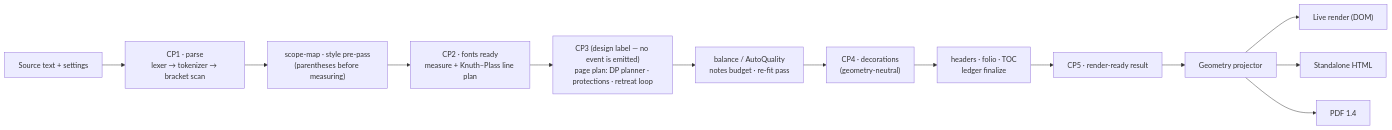
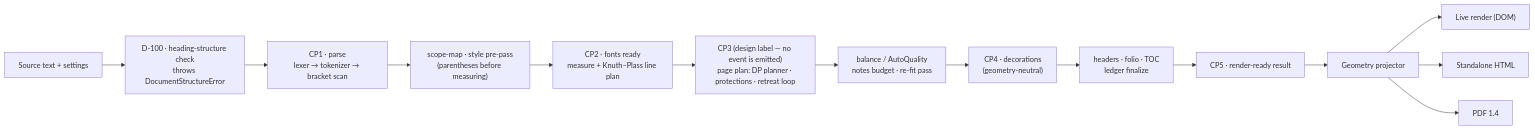
Before and after one commit to SUGINACH/Tora_Book_Typesetter_Red: the diagram in docs/ARCHITECTURE.md, drawn with Mermaid. The commit also changed other lines of this file and 4 other files, not shown here.

````diff
--- a/docs/ARCHITECTURE.md
+++ b/docs/ARCHITECTURE.md
@@ -13,15 +13,16 @@
 ```mermaid
 flowchart LR
-  A["Source text + settings"] --> B["CP1 · parse<br/>lexer → tokenizer → bracket scan"]
+  A["Source text + settings"] --> V["D-100 · heading-structure check<br/>throws DocumentStructureError"]
+  V --> B["CP1 · parse<br/>lexer → tokenizer → bracket scan"]
   B --> C["scope-map · style pre-pass<br/>(parentheses before measuring)"]
   C --> D["CP2 · fonts ready<br/>measure + Knuth–Plass line plan"]
   D --> E["CP3 (design label — no event is emitted)<br/>page plan: DP planner · protections · retreat loop"]
   E --> F["balance / AutoQuality<br/>notes budget · re-fit pass"]
   F --> G["CP4 · decorations<br/>(geometry-neutral)"]
   G --> H["headers · folio · TOC<br/>ledger finalize"]
   H --> I["CP5 · render-ready result"]
   I --> J["Geometry projector"]
   J --> K["Live render (DOM)"]
   J --> L["Standalone HTML"]
   J --> M["PDF 1.4"]
 ```
````
